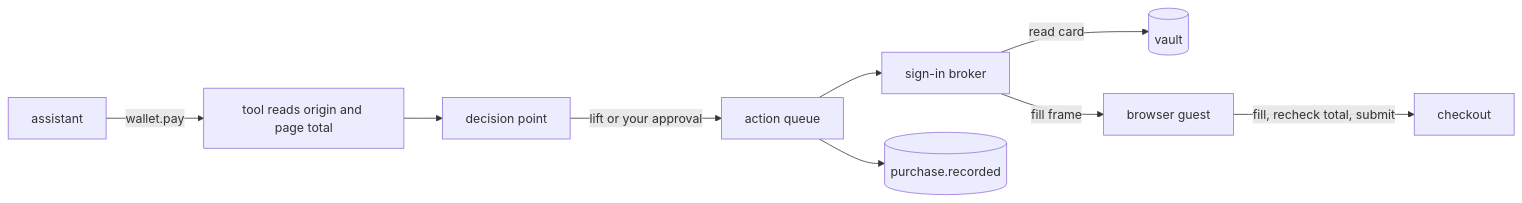
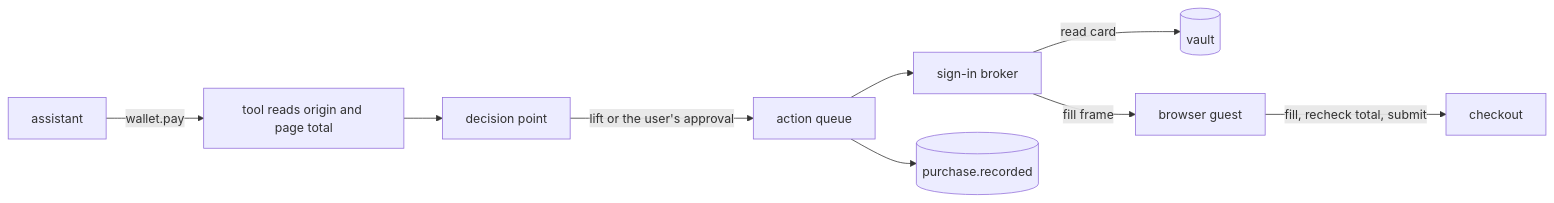
The diagram in docs/design/queue/wallet.md (zgeoff/nixie), drawn with Mermaid before and after one commit. The commit also changed other lines of this file and 6 other files, not shown here.

````diff
--- a/docs/design/queue/wallet.md
+++ b/docs/design/queue/wallet.md
@@ -17,11 +20,11 @@
 ```mermaid
 flowchart LR
   model[assistant] -->|"wallet.pay"| tool[tool reads origin and page total]
   tool --> point[decision point]
-  point -->|"lift or your approval"| queue[action queue]
+  point -->|"lift or the user's approval"| queue[action queue]
   queue --> broker[sign-in broker]
   broker -->|"read card"| vault[(vault)]
   broker -->|"fill frame"| guest[browser guest]
   guest -->|"fill, recheck total, submit"| page[checkout]
   queue --> record[(purchase.recorded)]
 ```
````
